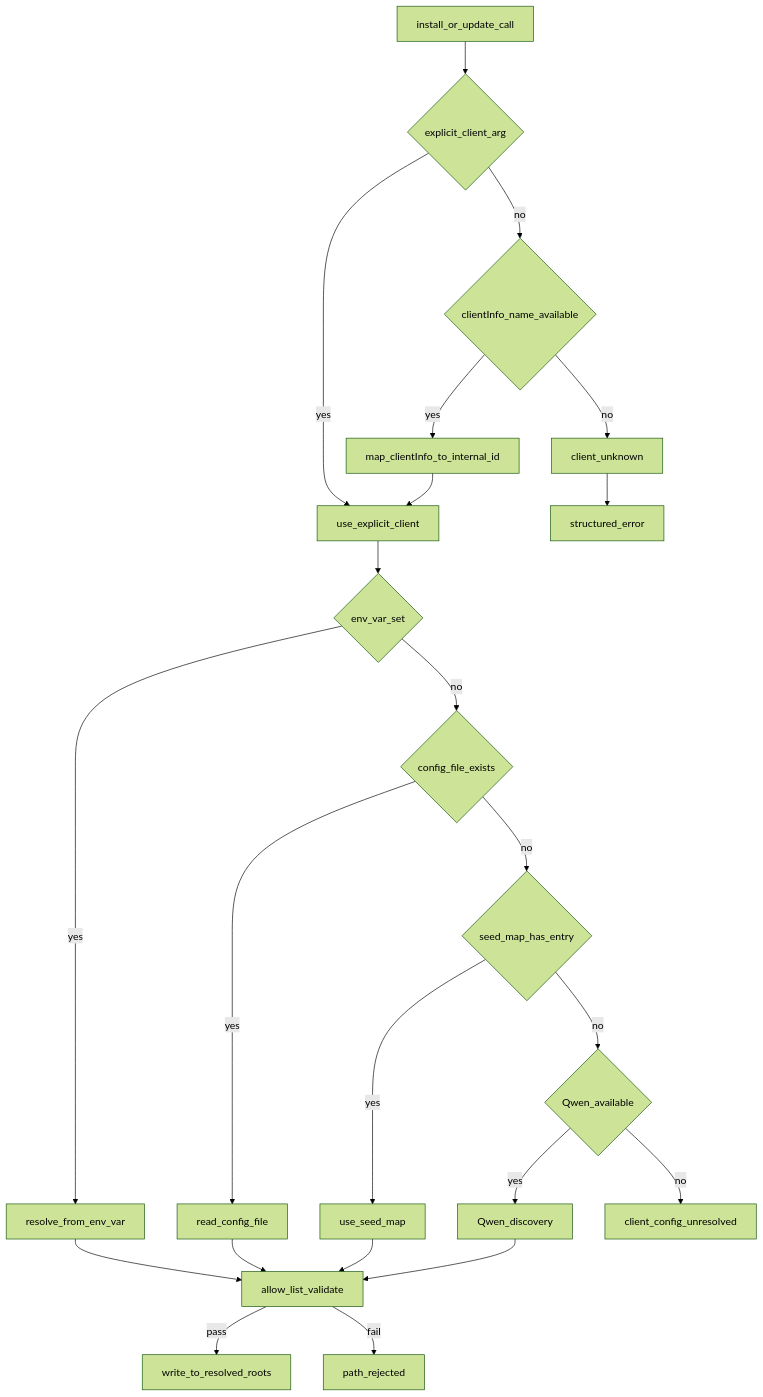
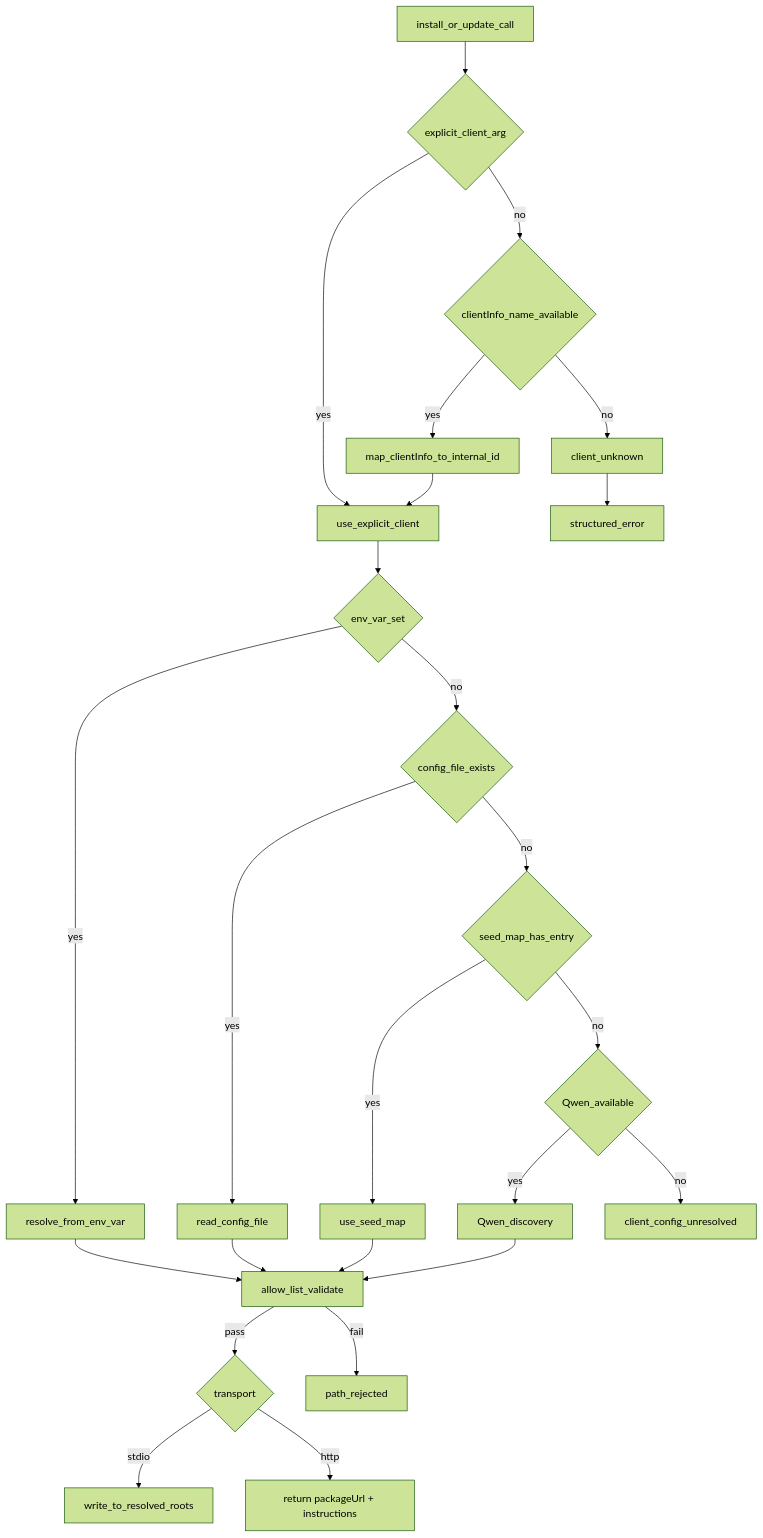
One commit to ethanhuangcst/workspace.framework.sdd.works changed the third of 3 diagrams in specs/mcp/mcp-design.md. Above: the diagram before and after it, drawn with Mermaid (forest theme). The commit also changed other lines of this file and 25 other files, not shown here.

````diff
--- a/specs/mcp/mcp-design.md
+++ b/specs/mcp/mcp-design.md
@@ -272,25 +421,27 @@
 ```mermaid
 flowchart TD
   Start[install_or_update_call] --> CheckExplicit{explicit_client_arg}
   CheckExplicit -->|yes| ResolveClient[use_explicit_client]
   CheckExplicit -->|no| CheckClientInfo{clientInfo_name_available}
   CheckClientInfo -->|yes| MapClient[map_clientInfo_to_internal_id]
   CheckClientInfo -->|no| ErrorClient[client_unknown]
   MapClient --> ResolveClient
   ErrorClient --> EndError[structured_error]
   ResolveClient --> CheckEnv{env_var_set}
   CheckEnv -->|yes| ResolveEnv[resolve_from_env_var]
   CheckEnv -->|no| CheckConfig{config_file_exists}
   CheckConfig -->|yes| ResolveConfig[read_config_file]
   CheckConfig -->|no| CheckSeed{seed_map_has_entry}
   CheckSeed -->|yes| ResolveSeed[use_seed_map]
   CheckSeed -->|no| CheckQwen{Qwen_available}
   CheckQwen -->|yes| ResolveQwen[Qwen_discovery]
   CheckQwen -->|no| EndUnresolved[client_config_unresolved]
   ResolveEnv --> Validate[allow_list_validate]
   ResolveConfig --> Validate
   ResolveSeed --> Validate
   ResolveQwen --> Validate
-  Validate -->|pass| Write[write_to_resolved_roots]
+  Validate -->|pass| Channel{transport}
+  Channel -->|stdio| Write[write_to_resolved_roots]
+  Channel -->|http| ReturnUrl[return packageUrl + instructions]
   Validate -->|fail| EndRejected[path_rejected]
 ```
````
